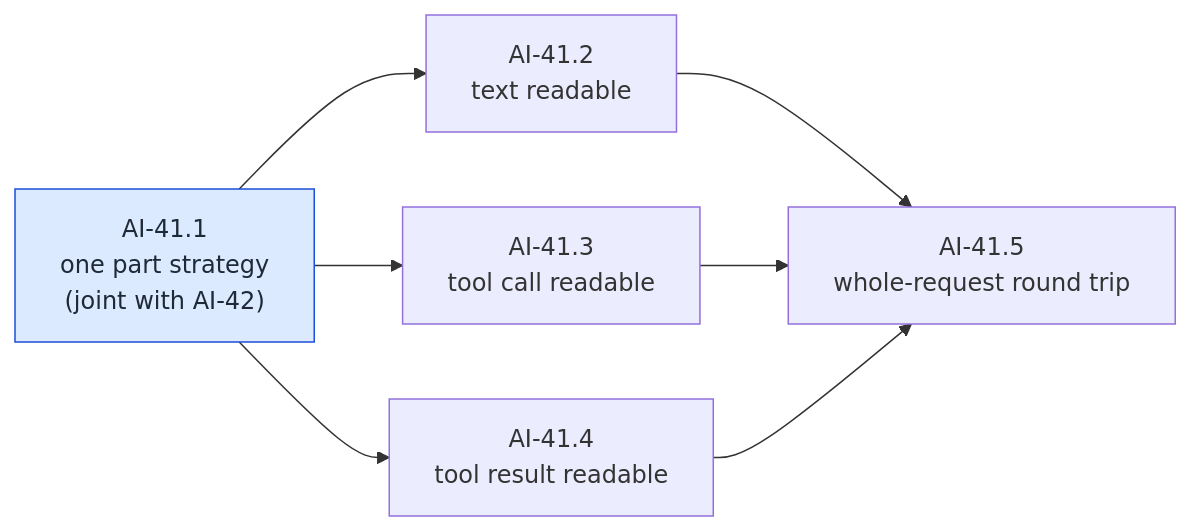
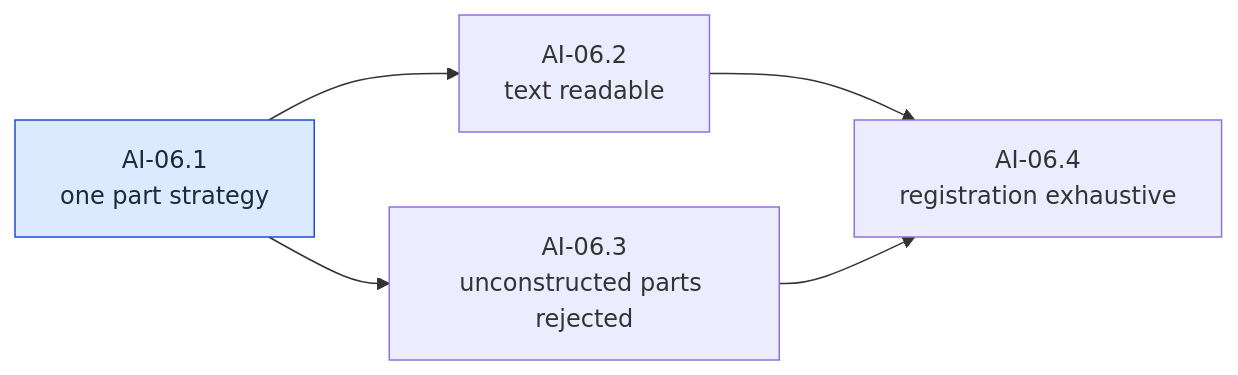
The fifth of 29 diagrams in docs/architecture/milestones/0002-cachicamas-ai-layer-1-task-graph.md (witsaba/cachicamas), drawn with Mermaid before and after one commit. The commit also changed other lines of this file, not shown here.

First line of the commit message:
docs: rewrite Layer 1 task graph as a from-zero plan (AI-00 … AI-40)

````diff
--- a/docs/architecture/milestones/0002-cachicamas-ai-layer-1-task-graph.md
+++ b/docs/architecture/milestones/0002-cachicamas-ai-layer-1-task-graph.md
@@ -367,11 +457,9 @@
 ```mermaid
 flowchart LR
-    CP0["AI-41.1<br/>one part strategy<br/>(joint with AI-42)"] --> CP1["AI-41.2<br/>text readable"]
-    CP0 --> CP2["AI-41.3<br/>tool call readable"]
-    CP0 --> CP3["AI-41.4<br/>tool result readable"]
-    CP1 --> CP4["AI-41.5<br/>whole-request round trip"]
-    CP2 --> CP4
-    CP3 --> CP4
+    G0["AI-06.1<br/>one part strategy"] --> G1["AI-06.2<br/>text readable"]
+    G0 --> G2["AI-06.3<br/>unconstructed parts rejected"]
+    G1 --> G3["AI-06.4<br/>registration exhaustive"]
+    G2 --> G3
     classDef d fill:#dbeafe,stroke:#1d4ed8,color:#1f2937
-    class CP0 d
+    class G0 d
 ```
````
